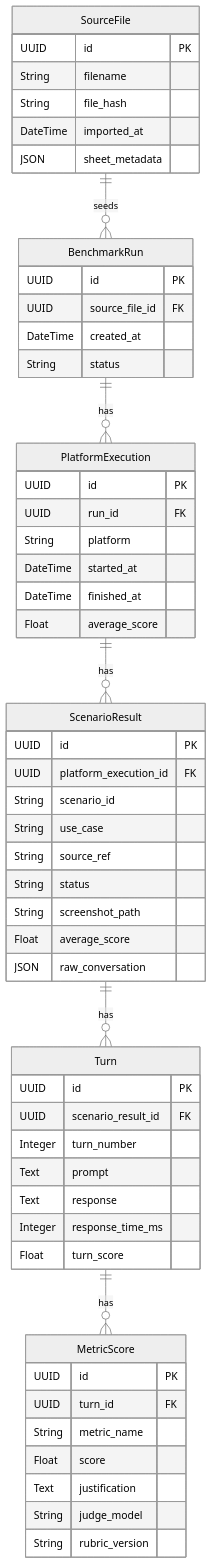
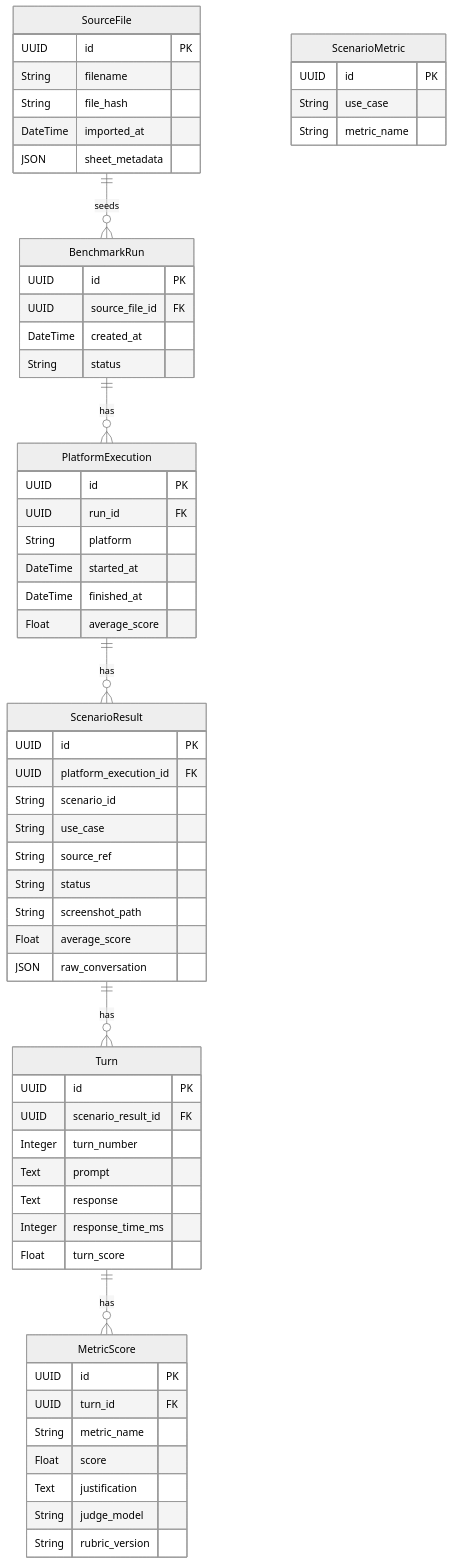
The diagram in docs/data-model.md (jmanuelc87/scorekeeper), drawn with Mermaid (neutral theme) before and after one commit. The commit also changed other lines of this file and 16 other files, not shown here.

First line of the commit message:
Add evaluation-metric class taxonomy with DB-backed scenario selection

````diff
--- a/docs/data-model.md
+++ b/docs/data-model.md
@@ -23,64 +40,70 @@
 ```mermaid
 erDiagram
     SourceFile {
         UUID id PK
         String filename
         String file_hash
         DateTime imported_at
         JSON sheet_metadata
     }
 
     BenchmarkRun {
         UUID id PK
         UUID source_file_id FK
         DateTime created_at
         String status
     }
 
     PlatformExecution {
         UUID id PK
         UUID run_id FK
         String platform
         DateTime started_at
         DateTime finished_at
         Float average_score
     }
 
     ScenarioResult {
         UUID id PK
         UUID platform_execution_id FK
         String scenario_id
         String use_case
         String source_ref
         String status
         String screenshot_path
         Float average_score
         JSON raw_conversation
     }
 
     Turn {
         UUID id PK
         UUID scenario_result_id FK
         Integer turn_number
         Text prompt
         Text response
         Integer response_time_ms
         Float turn_score
     }
 
     MetricScore {
         UUID id PK
         UUID turn_id FK
         String metric_name
         Float score
         Text justification
         String judge_model
         String rubric_version
     }
 
+    ScenarioMetric {
+        UUID id PK
+        String use_case
+        String metric_name
+    }
+
     SourceFile ||--o{ BenchmarkRun : "seeds"
     BenchmarkRun ||--o{ PlatformExecution : "has"
     PlatformExecution ||--o{ ScenarioResult : "has"
     ScenarioResult ||--o{ Turn : "has"
     Turn ||--o{ MetricScore : "has"
 ```
````
